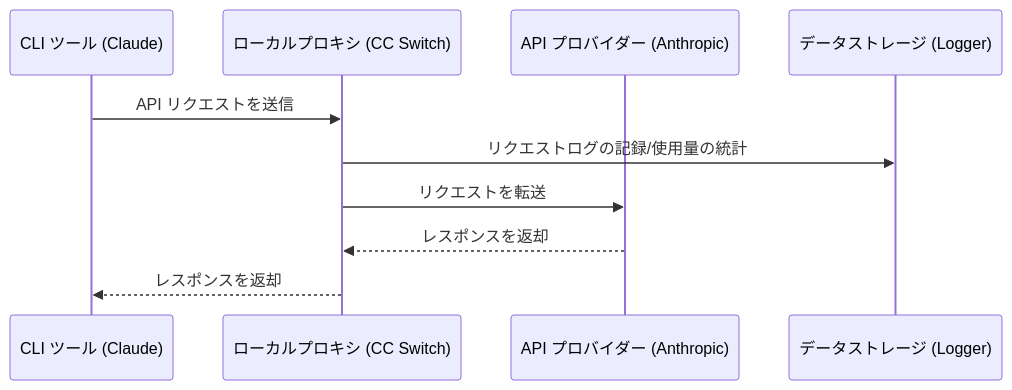
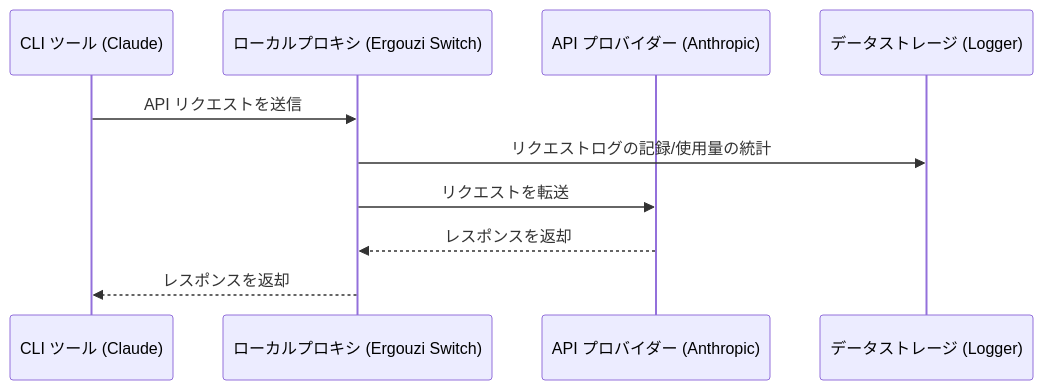
One commit to suboxiu88-coder/ergouzi-switch changed the diagram in docs/user-manual/ja/4-proxy/4.1-service.md. Above: the diagram before and after it, drawn with Mermaid. The commit also changed other lines of this file and 166 other files, not shown here.

````diff
--- a/docs/user-manual/ja/4-proxy/4.1-service.md
+++ b/docs/user-manual/ja/4-proxy/4.1-service.md
@@ -116,13 +116,13 @@
 ```mermaid
 sequenceDiagram
     participant CLI as CLI ツール (Claude)
-    participant Proxy as ローカルプロキシ (CC Switch)
+    participant Proxy as ローカルプロキシ (Ergouzi Switch)
     participant API as API プロバイダー (Anthropic)
     participant DB as データストレージ (Logger)
 
     CLI->>Proxy: API リクエストを送信
     Proxy->>DB: リクエストログの記録/使用量の統計
     Proxy->>API: リクエストを転送
     API-->>Proxy: レスポンスを返却
     Proxy-->>CLI: レスポンスを返却
 ```
````
